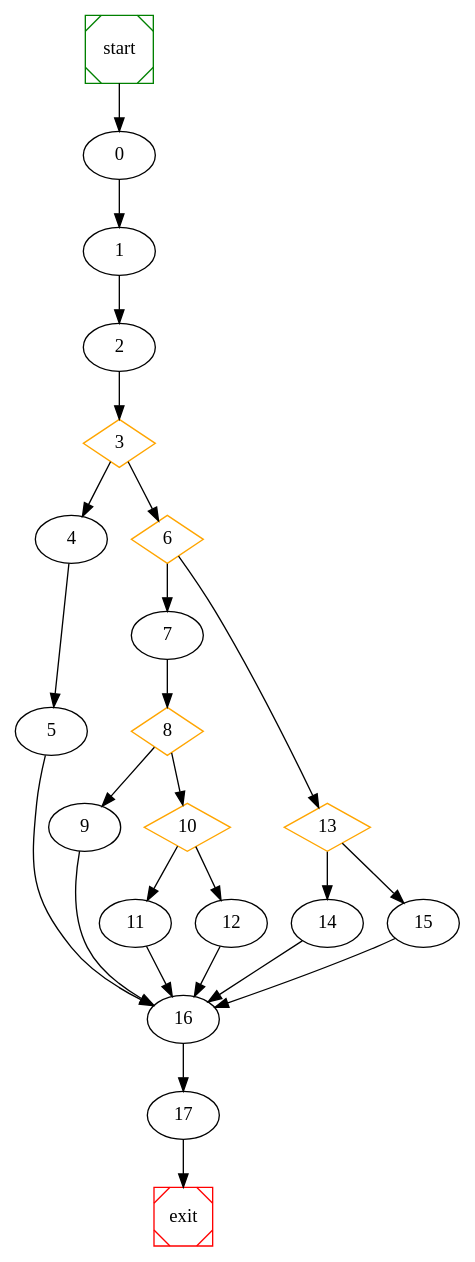
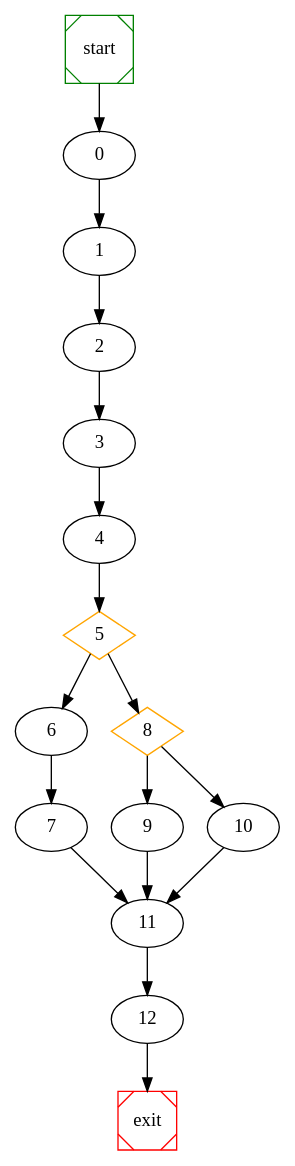
The diagram in wpc/raw_graph.dot (NabeelQaiser/BTP_2k18-19), drawn with Graphviz before and after one commit. The commit also changed 3 other files, not shown here.

```diff
--- a/wpc/raw_graph.dot
+++ b/wpc/raw_graph.dot
@@ -1,36 +1,25 @@
 # dot file created at runtime
 
 digraph G {
 	start -> 0;
 	0 -> 1 ;
 	1 -> 2 ;
-	3 [shape=diamond, color=orange] ;
+	2 -> 3 ;
+	3 -> 4 ;
+	5 [shape=diamond, color=orange] ;
+	6 -> 7 ;
+	5 -> 6 ;
+	8 [shape=diamond, color=orange] ;
+	5 -> 8 ;
+	8 -> 9 ;
+	8 -> 10 ;
 	4 -> 5 ;
-	3 -> 4 ;
-	6 [shape=diamond, color=orange] ;
-	3 -> 6 ;
-	8 [shape=diamond, color=orange] ;
-	8 -> 9 ;
-	10 [shape=diamond, color=orange] ;
-	8 -> 10 ;
 	10 -> 11 ;
-	10 -> 12 ;
-	7 -> 8 ;
-	6 -> 7 ;
-	13 [shape=diamond, color=orange] ;
-	6 -> 13 ;
-	13 -> 14 ;
-	13 -> 15 ;
-	2 -> 3 ;
-	14 -> 16 ;
-	11 -> 16 ;
-	5 -> 16 ;
-	9 -> 16 ;
-	12 -> 16 ;
-	15 -> 16 ;
-	16 -> 17 ;
-	17 -> exit;
+	9 -> 11 ;
+	7 -> 11 ;
+	11 -> 12 ;
+	12 -> exit;
 
 	start [shape=Msquare, color=green];
 	exit [shape=Msquare, color=red];
 }
```
